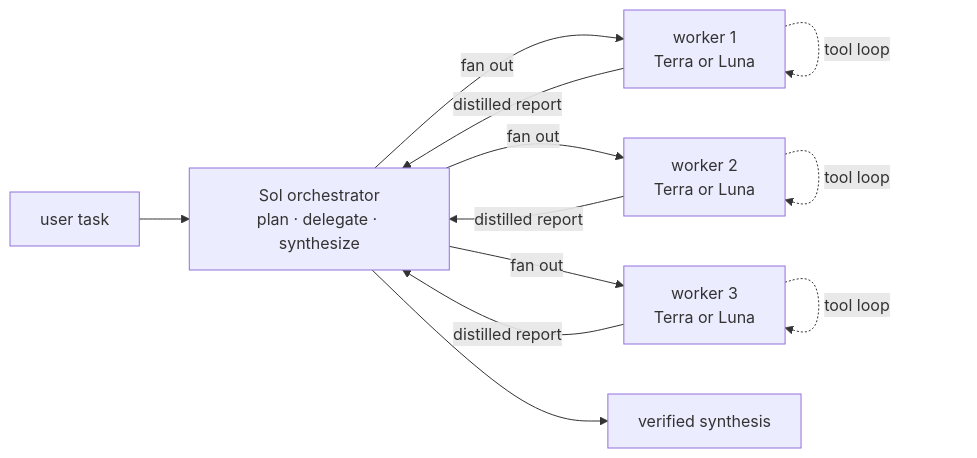
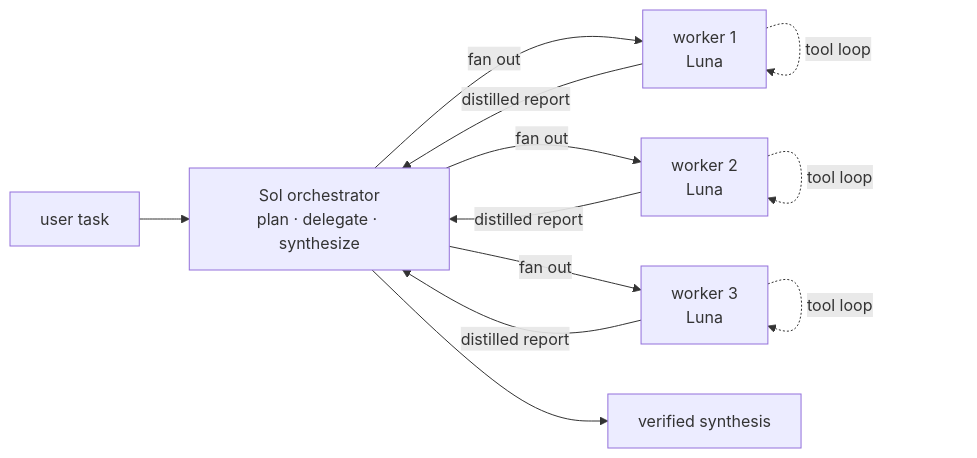
The diagram in orchestrator/SKILL.md (ozgureyilmaz/skills), drawn with Mermaid before and after one commit. The commit also changed other lines of this file and 7 other files, not shown here.

````diff
--- a/orchestrator/SKILL.md
+++ b/orchestrator/SKILL.md
@@ -16,14 +17,14 @@
 ```mermaid
 flowchart LR
     user["user task"] --> sol["Sol orchestrator<br/>plan · delegate · synthesize"]
-    sol -->|"fan out"| w1["worker 1<br/>Terra or Luna"]
-    sol -->|"fan out"| w2["worker 2<br/>Terra or Luna"]
-    sol -->|"fan out"| w3["worker 3<br/>Terra or Luna"]
+    sol -->|"fan out"| w1["worker 1<br/>Luna"]
+    sol -->|"fan out"| w2["worker 2<br/>Luna"]
+    sol -->|"fan out"| w3["worker 3<br/>Luna"]
     w1 -->|"distilled report"| sol
     w2 -->|"distilled report"| sol
     w3 -->|"distilled report"| sol
     w1 -. "tool loop" .-> w1
     w2 -. "tool loop" .-> w2
     w3 -. "tool loop" .-> w3
     sol --> answer["verified synthesis"]
 ```
````
